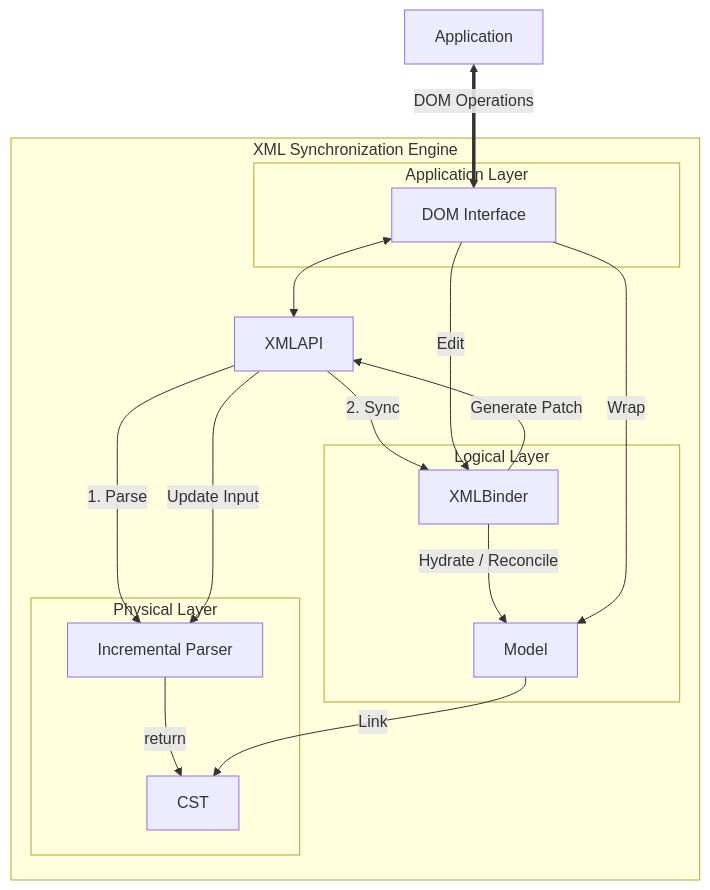
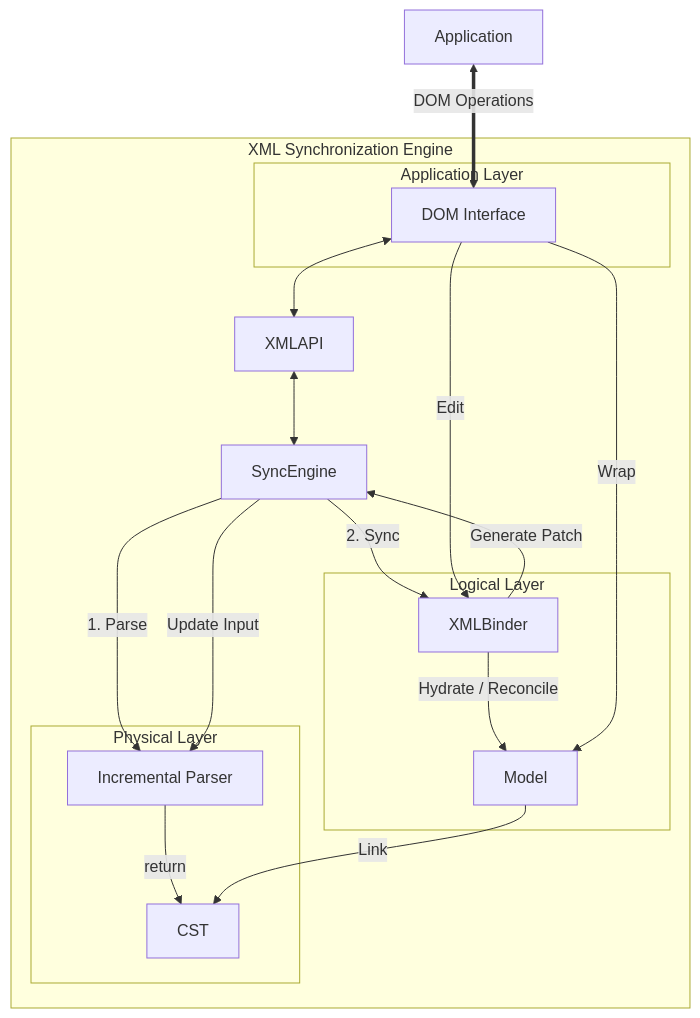
Before and after one commit to KazuyaMiyashita/xml-api: the diagram in docs/guide/core-concepts.md, drawn with Mermaid. The commit also changed 33 other files, not shown here.

````diff
--- a/docs/guide/core-concepts.md
+++ b/docs/guide/core-concepts.md
@@ -38,40 +38,42 @@
 ```mermaid
 graph TD
     User["Application"]
 
     subgraph "XML Synchronization Engine"
-        Mediator["XMLAPI"]
+        Facade["XMLAPI"]
+        Engine["SyncEngine"]
 
         subgraph "Physical Layer"
             Parser["Incremental Parser"]
             CST["CST"]
         end
 
         subgraph "Logical Layer"
             Binder["XMLBinder"]
             Model["Model"]
         end
         
         subgraph "Application Layer"
             DOM["DOM Interface"]
         end
     end
 
     %% Interaction
     User <==>|"DOM Operations"| DOM
-    DOM <--> Mediator
+    DOM <--> Facade
+    Facade <--> Engine
 
     %% Internal Flows
-    Mediator -- "1. Parse" --> Parser
+    Engine -- "1. Parse" --> Parser
     Parser -- "return" --> CST
     
-    Mediator -- "2. Sync" --> Binder
+    Engine -- "2. Sync" --> Binder
     Binder -- "Hydrate / Reconcile" --> Model
     Model -- "Link" --> CST
     
     DOM -- "Wrap" --> Model
     
     DOM -- "Edit" --> Binder
-    Binder -- "Generate Patch" --> Mediator
-    Mediator -- "Update Input" --> Parser
+    Binder -- "Generate Patch" --> Engine
+    Engine -- "Update Input" --> Parser
 ```
````
